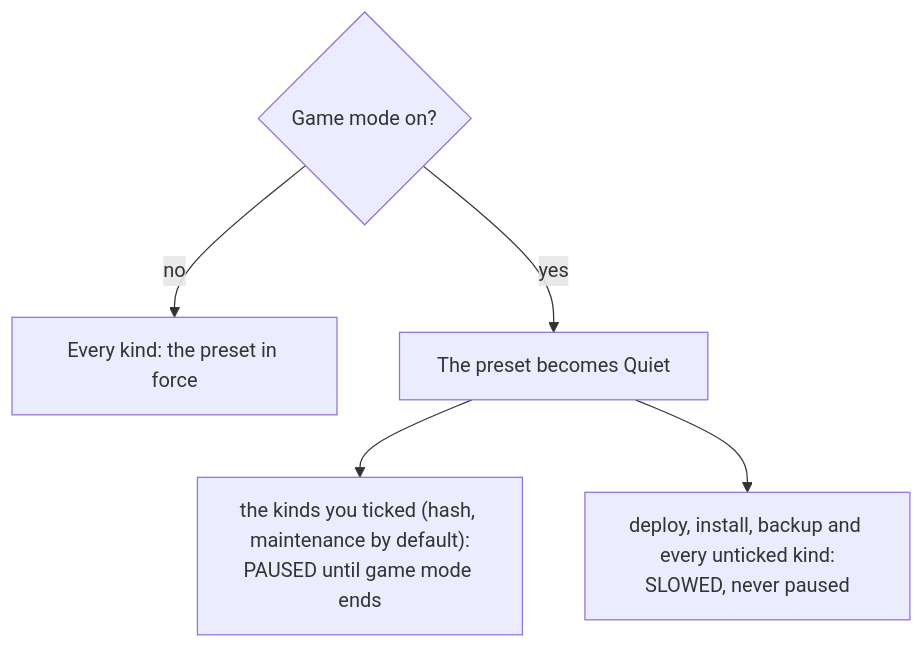
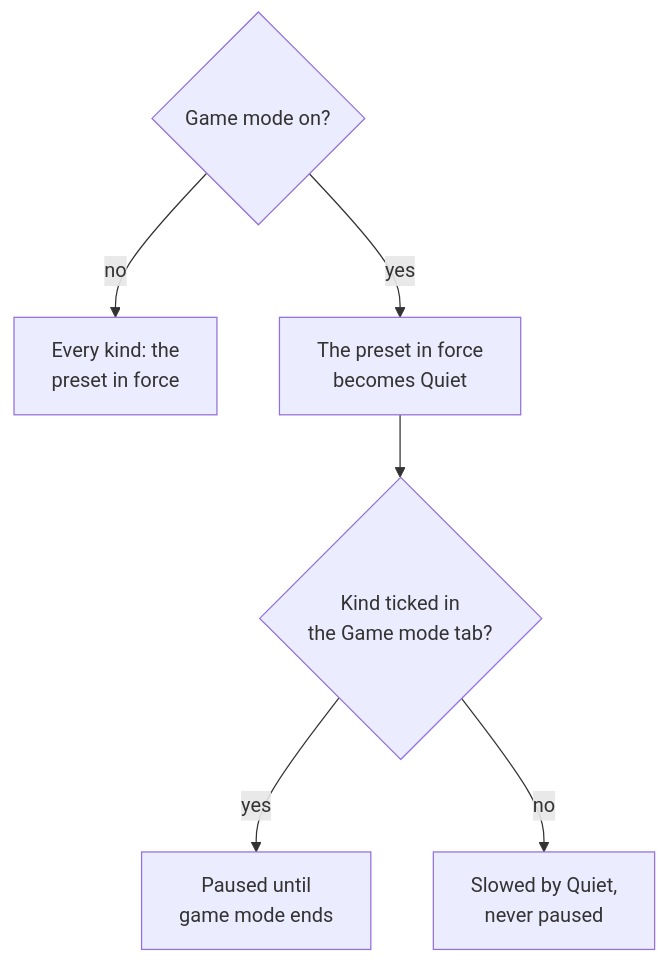
Before and after one commit to FreeProject089/BetterModsManager: the fifth of 7 diagrams in frontend/assets/docs/en/how-it-works/resources.md, drawn with Mermaid. The commit also changed other lines of this file and 176 other files, not shown here.

````diff
--- a/frontend/assets/docs/en/how-it-works/resources.md
+++ b/frontend/assets/docs/en/how-it-works/resources.md
@@ -251,7 +251,8 @@
 ```mermaid
-flowchart TB
-    GM{"Game mode on?"} -- no --> N["Every kind: the preset in force"]
-    GM -- yes --> Q["The preset becomes Quiet"]
-    Q --> BG["the kinds you ticked (hash, maintenance by default):<br/>PAUSED until game mode ends"]
-    Q --> FG["deploy, install, backup and every unticked kind:<br/>SLOWED, never paused"]
+flowchart TD
+    GM{"Game mode on?"} -- "no" --> N["Every kind: the<br/>preset in force"]
+    GM -- "yes" --> Q["The preset in force<br/>becomes Quiet"]
+    Q --> TICK{"Kind ticked in<br/>the Game mode tab?"}
+    TICK -- "yes" --> PAUSED["Paused until<br/>game mode ends"]
+    TICK -- "no" --> SLOW["Slowed by Quiet,<br/>never paused"]
 ```
````
